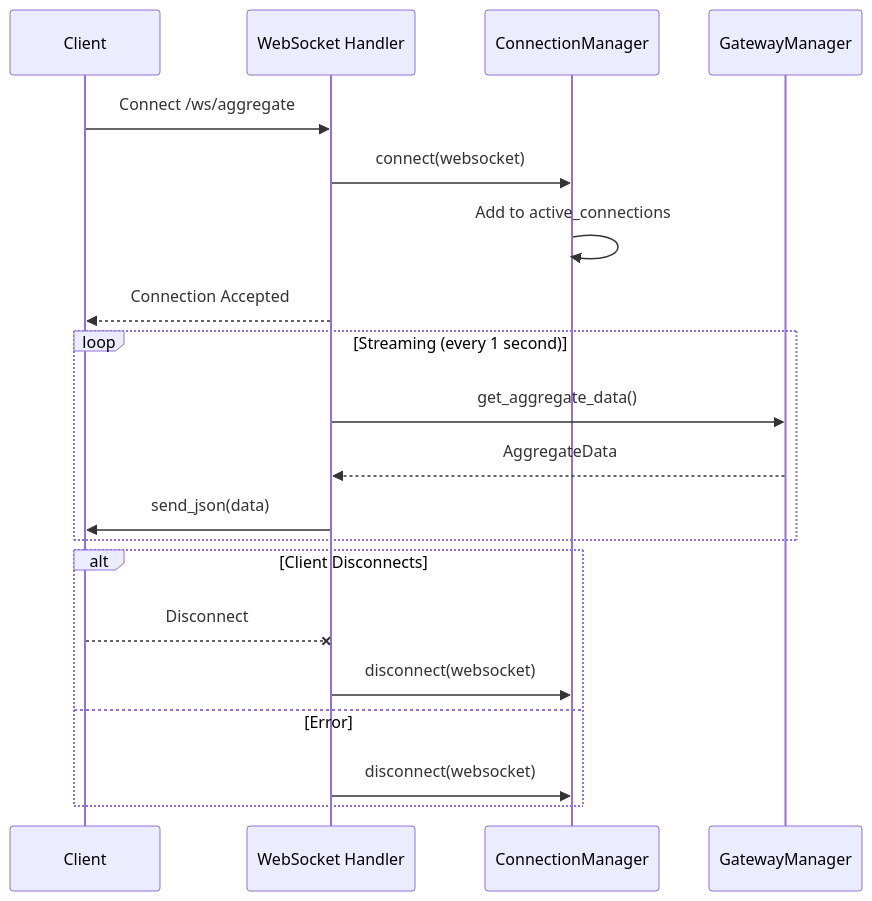
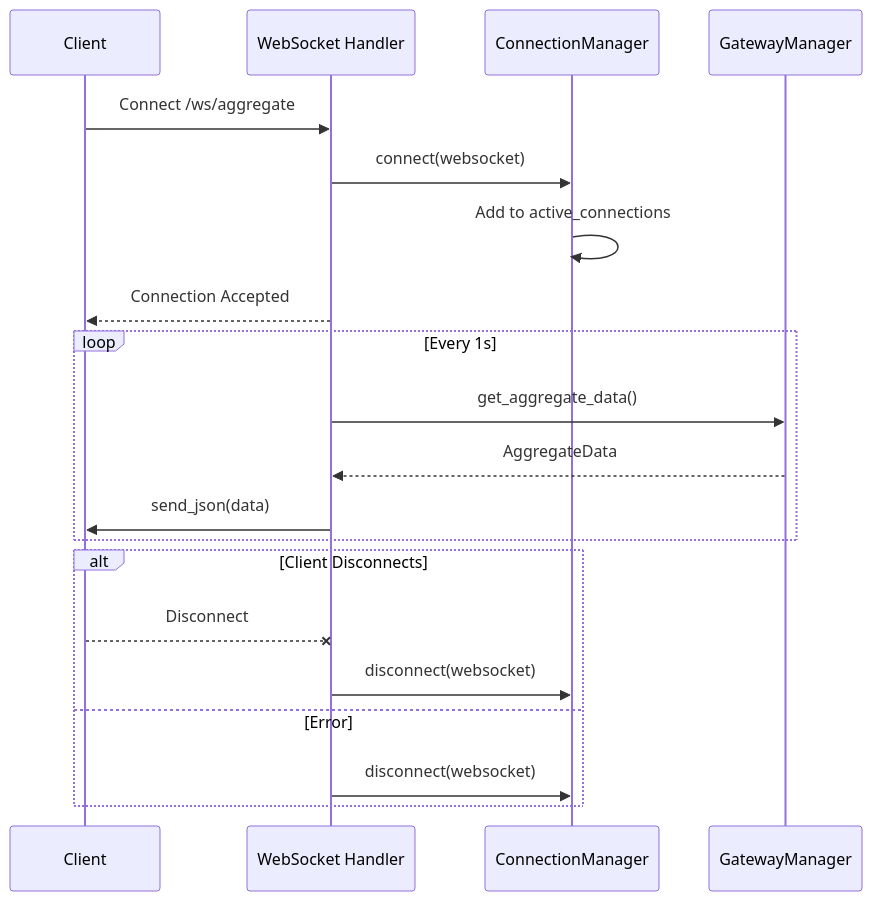
The fifth of 8 diagrams in DESIGN.md (jasonacox/pypowerwall-server), drawn with Mermaid before and after one commit. The commit also changed other lines of this file, not shown here.

Commit message:
Update polling and streaming cycle descriptions for clarity in design document

````diff
--- a/DESIGN.md
+++ b/DESIGN.md
@@ -267,25 +267,25 @@
 ```mermaid
 sequenceDiagram
     participant C as Client
     participant WS as WebSocket Handler
     participant CM as ConnectionManager
     participant GM as GatewayManager
     
     C->>WS: Connect /ws/aggregate
     WS->>CM: connect(websocket)
     CM->>CM: Add to active_connections
     WS-->>C: Connection Accepted
     
-    loop Streaming (every 1 second)
+    loop Every 1s
         WS->>GM: get_aggregate_data()
         GM-->>WS: AggregateData
         WS->>C: send_json(data)
     end
     
     alt Client Disconnects
         C--xWS: Disconnect
         WS->>CM: disconnect(websocket)
     else Error
         WS->>CM: disconnect(websocket)
     end
 ```
````
